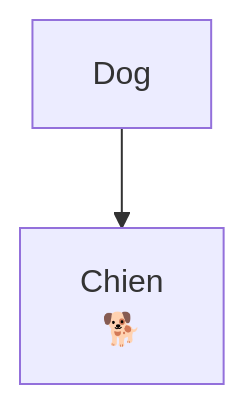
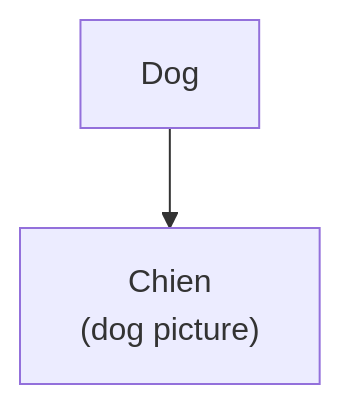
The third of 8 diagrams in src/mcp/skills/flashback-cards/SKILL.md (WeirdCatAFK/Flashback), drawn with Mermaid before and after one commit. The commit also changed other lines of this file and 3 other files, not shown here.

````diff
--- a/src/mcp/skills/flashback-cards/SKILL.md
+++ b/src/mcp/skills/flashback-cards/SKILL.md
@@ -156,4 +182,4 @@
 ```mermaid
 graph TD
-  Dog --> Chien["Chien<br/>🐕"]
+  Dog --> Chien["Chien<br/>(dog picture)"]
 ```
````
